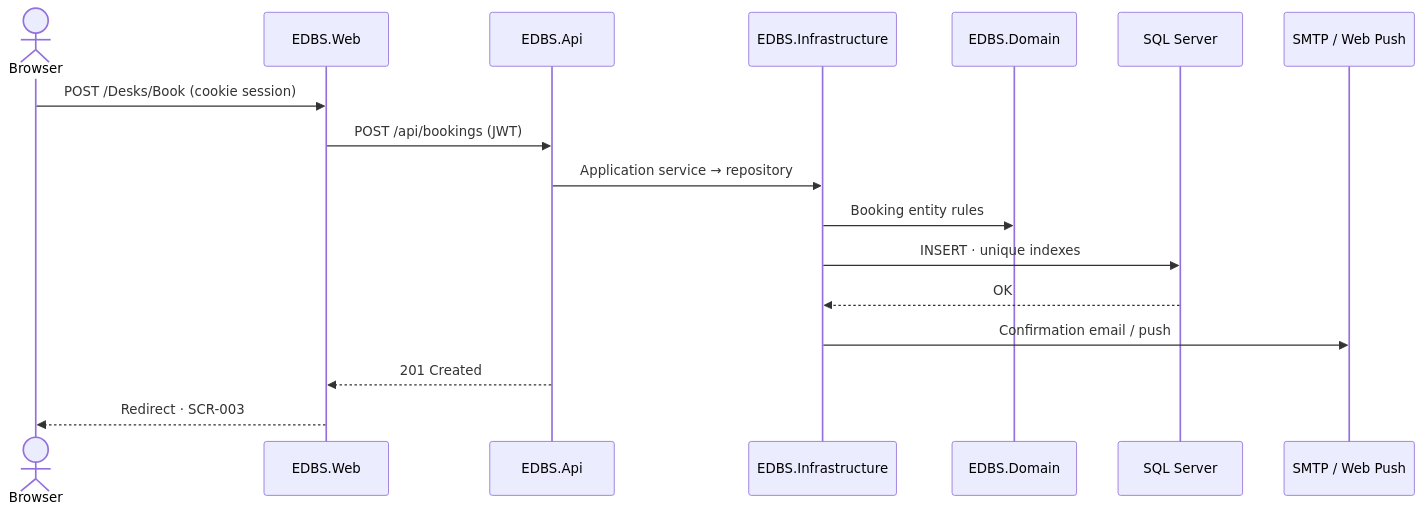
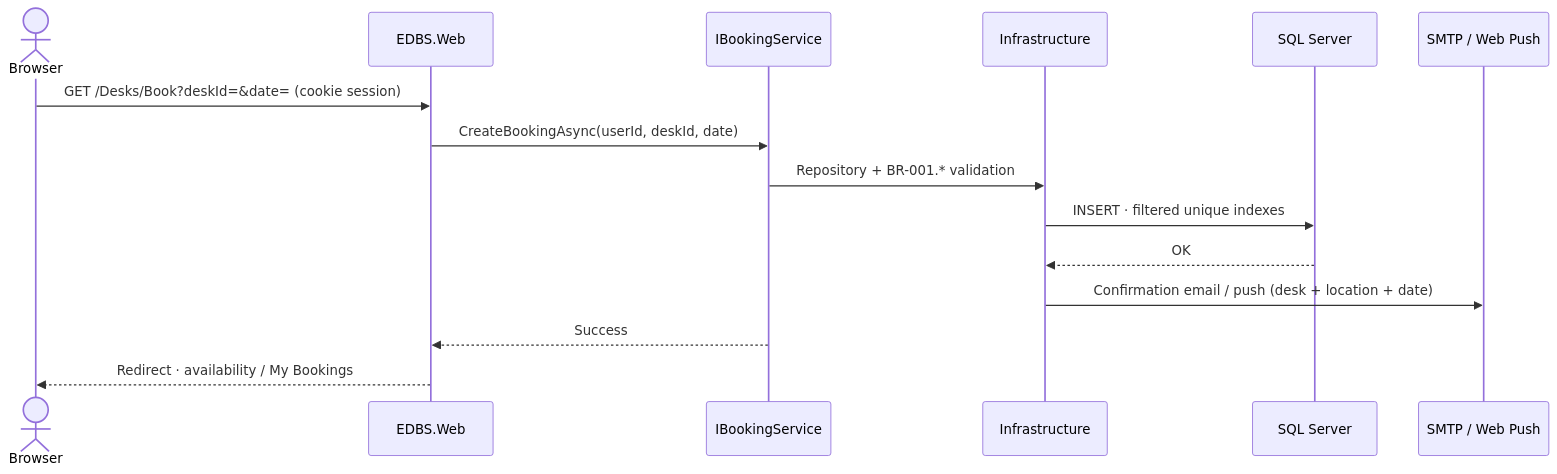
The second of 3 diagrams in inception/architecture/technical-specification.md (vishal-harne-trigent/Employee-Desk-Booking-System), drawn with Mermaid before and after one commit. The commit also changed other lines of this file and 1 other file, not shown here.

````diff
--- a/inception/architecture/technical-specification.md
+++ b/inception/architecture/technical-specification.md
@@ -124,20 +128,18 @@
 ```mermaid
 sequenceDiagram
     actor User as Browser
     participant Web as EDBS.Web
-    participant Api as EDBS.Api
-    participant Inf as EDBS.Infrastructure
-    participant Dom as EDBS.Domain
+    participant App as IBookingService
+    participant Inf as Infrastructure
     participant DB as SQL Server
     participant Mail as SMTP / Web Push
 
-    User->>Web: POST /Desks/Book (cookie session)
-    Web->>Api: POST /api/bookings (JWT)
-    Api->>Inf: Application service → repository
-    Inf->>Dom: Booking entity rules
-    Inf->>DB: INSERT · unique indexes
+    User->>Web: GET /Desks/Book?deskId=&date= (cookie session)
+    Web->>App: CreateBookingAsync(userId, deskId, date)
+    App->>Inf: Repository + BR-001.* validation
+    Inf->>DB: INSERT · filtered unique indexes
     DB-->>Inf: OK
-    Inf->>Mail: Confirmation email / push
-    Api-->>Web: 201 Created
-    Web-->>User: Redirect · SCR-003
+    Inf->>Mail: Confirmation email / push (desk + location + date)
+    App-->>Web: Success
+    Web-->>User: Redirect · availability / My Bookings
 ```
````
